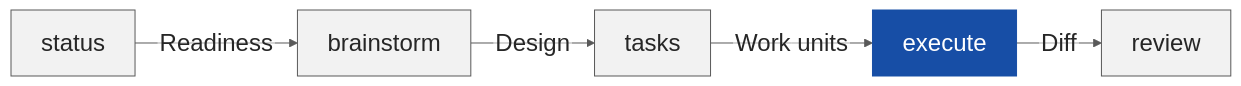
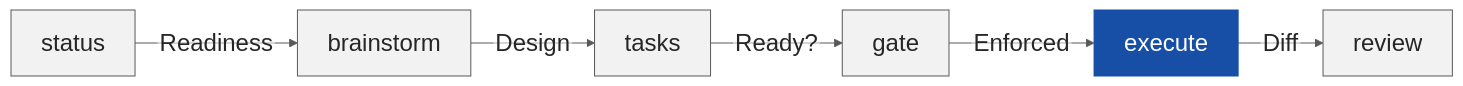
One commit to DonalMoloney/super-spec-new changed the diagram in presentation/marp-deck/commands.mmd. Above: the diagram before and after it, drawn with Mermaid. The commit also changed 13 other files, not shown here.

```diff
--- a/presentation/marp-deck/commands.mmd
+++ b/presentation/marp-deck/commands.mmd
@@ -1,8 +1,9 @@
 %%{init: {"theme": "base", "themeVariables": {"fontFamily": "Arial", "fontSize": "24px", "primaryColor": "#f2f2f2", "primaryTextColor": "#262626", "primaryBorderColor": "#595959", "lineColor": "#595959", "edgeLabelBackground": "#ffffff"}, "flowchart": {"htmlLabels": false, "curve": "linear", "nodeSpacing": 30, "rankSpacing": 45}, "themeCSS": ".edgeLabel .background { fill: #ffffff !important; fill-opacity: 1 !important; opacity: 1 !important; }"}}%%
 flowchart LR
   S[status] -->|Readiness| B[brainstorm]
   B -->|Design| T[tasks]
-  T -->|Work units| E[execute]
+  T -->|Ready?| G[gate]
+  G -->|Enforced| E[execute]
   E -->|Diff| R[review]
   class E focus
   classDef focus fill:#174ea6,color:#ffffff,stroke:#174ea6
```
